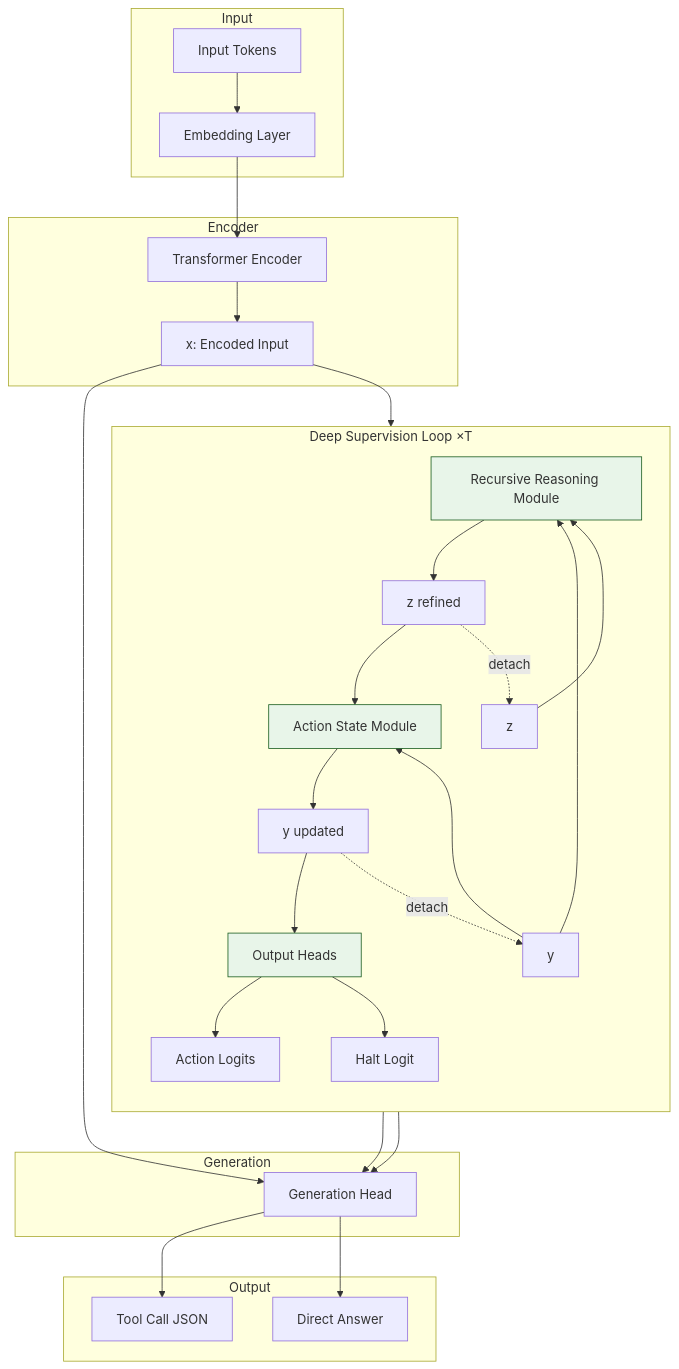
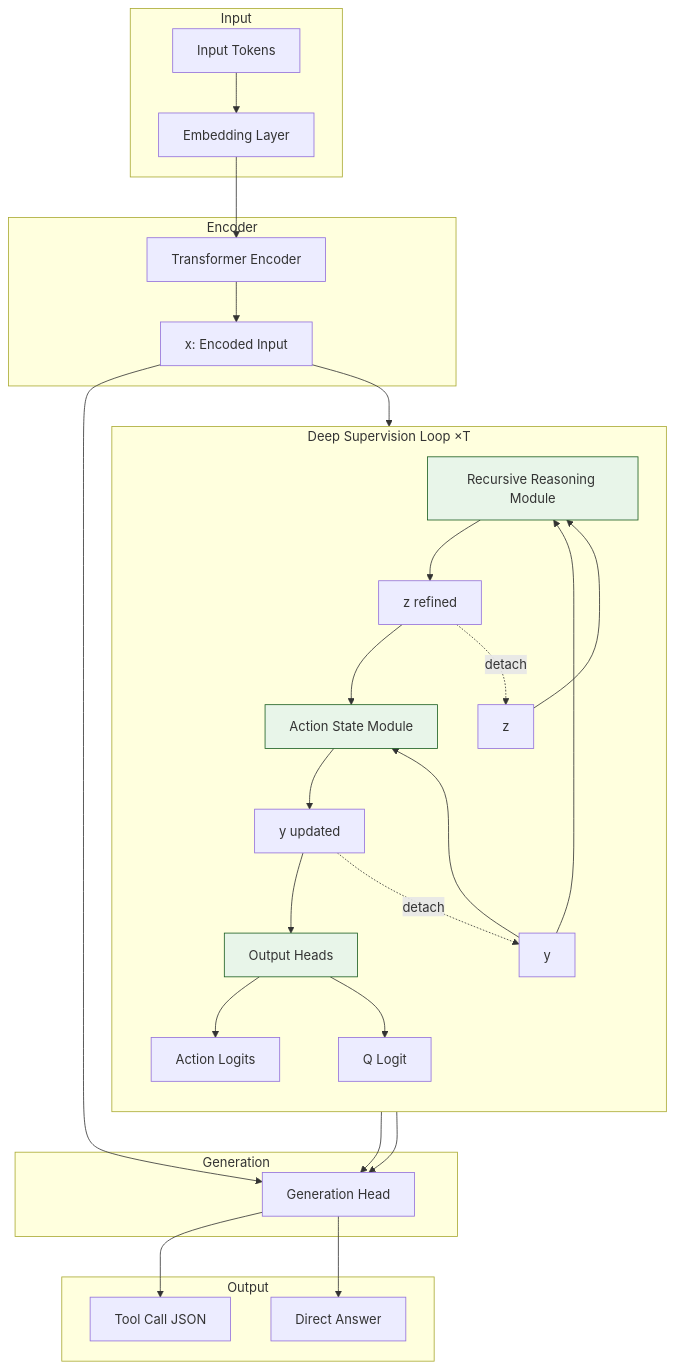
The diagram in docs/architecture.md (hienhayho/trm_llm), drawn with Mermaid before and after one commit. The commit also changed other lines of this file and 19 other files, not shown here.

First line of the commit message:
feat: add wandb logging, original TRM gradient flow, and step embeddings

````diff
--- a/docs/architecture.md
+++ b/docs/architecture.md
@@ -3,54 +3,54 @@
 ```mermaid
 flowchart TB
     subgraph Input
         tokens[Input Tokens]
         embed[Embedding Layer]
         tokens --> embed
     end
 
     subgraph Encoder
         transformer[Transformer Encoder]
         embed --> transformer
         transformer --> x[x: Encoded Input]
     end
 
     subgraph DeepSupervision ["Deep Supervision Loop ×T"]
         direction TB
 
         reasoning[Recursive Reasoning Module]
         action[Action State Module]
         heads[Output Heads]
 
         x --> reasoning
         y_in[y] --> reasoning
         z_in[z] --> reasoning
 
         reasoning --> z_out[z refined]
         z_out --> action
         y_in --> action
         action --> y_out[y updated]
 
         y_out --> heads
 
         heads --> action_out[Action Logits]
-        heads --> halt[Halt Logit]
+        heads --> q[Q Logit]
 
         y_out -.->|detach| y_in
         z_out -.->|detach| z_in
     end
 
     subgraph Generation
         gen_head[Generation Head]
         y_out --> gen_head
         x --> gen_head
         action_out --> gen_head
     end
 
     subgraph Output
         gen_head --> tool_call[Tool Call JSON]
         gen_head --> response[Direct Answer]
     end
 
     classDef loop fill:#e8f5e9,stroke:#1b5e20
     class reasoning,action,heads loop
 ```
````
